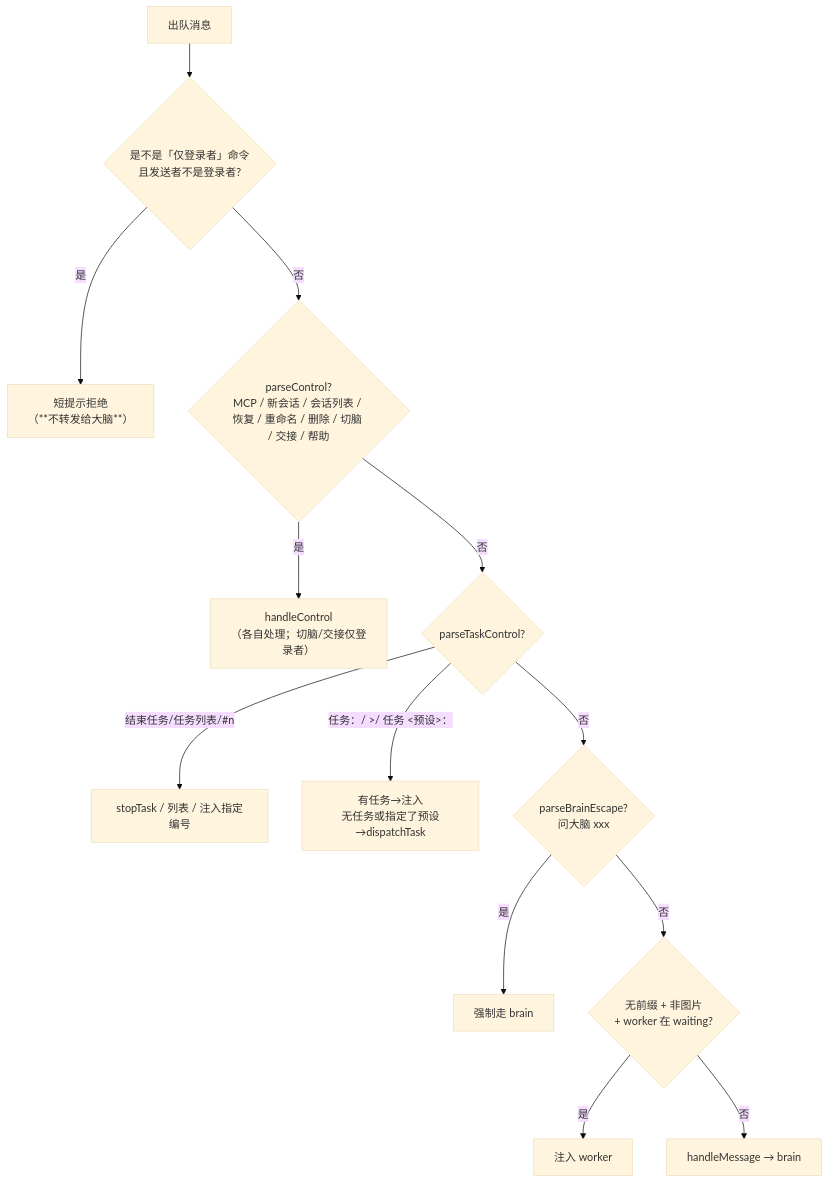
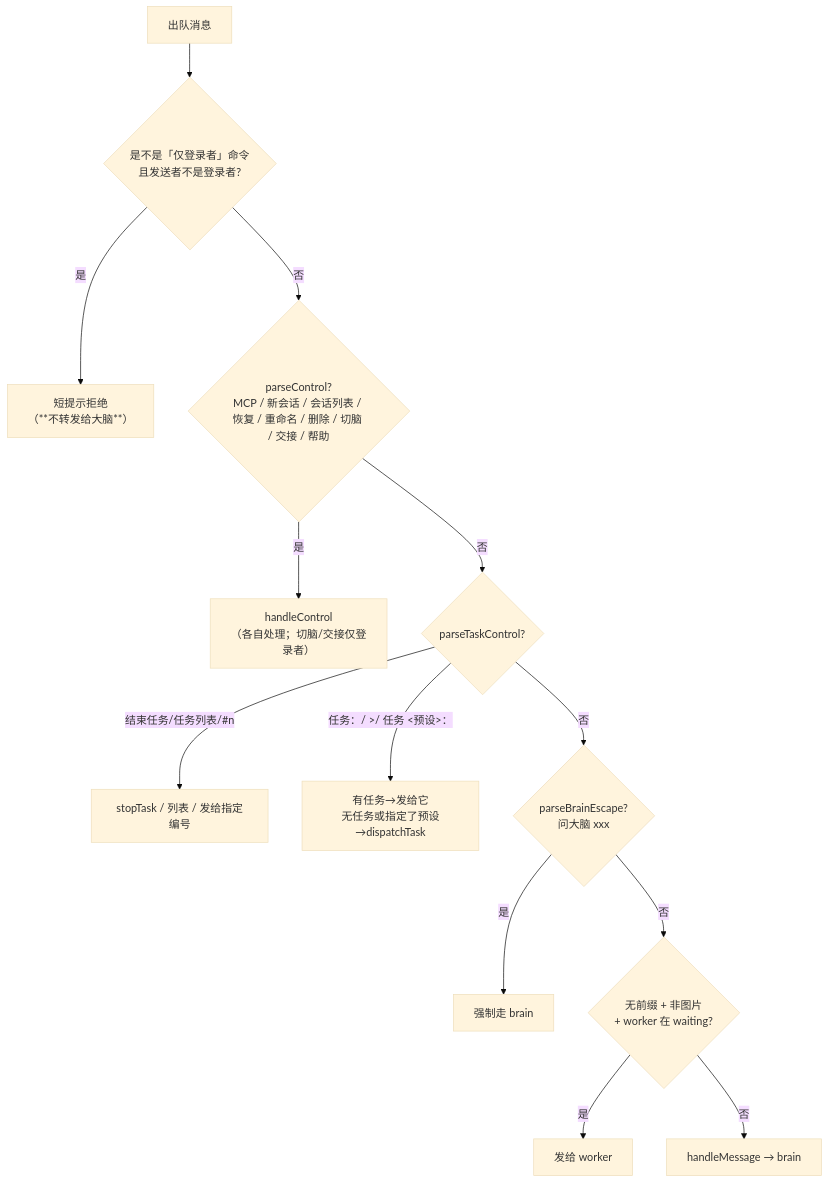
The second of 4 diagrams in docs/repowiki/05-守护进程-Daemon.md (imwangpan/WeMind), drawn with Mermaid (base theme) before and after one commit. The commit also changed other lines of this file and 57 other files, not shown here.

````diff
--- a/docs/repowiki/05-守护进程-Daemon.md
+++ b/docs/repowiki/05-守护进程-Daemon.md
@@ -93,15 +93,15 @@
 ```mermaid
 graph TD
     M["出队消息"] --> C0{"是不是「仅登录者」命令<br/>且发送者不是登录者?"}
     C0 -->|是| H0["短提示拒绝<br/>（**不转发给大脑**）"]
     C0 -->|否| C1{"parseControl?<br/>MCP / 新会话 / 会话列表 / 恢复 / 重命名 / 删除 / 切脑 / 交接 / 帮助"}
     C1 -->|是| H1["handleControl<br/>（各自处理；切脑/交接仅登录者）"]
     C1 -->|否| C2{"parseTaskControl?"}
-    C2 -->|结束任务/任务列表/#n| H2["stopTask / 列表 / 注入指定编号"]
-    C2 -->|任务：/ &gt;/ 任务 &lt;预设&gt;：| H3["有任务→注入<br/>无任务或指定了预设→dispatchTask"]
+    C2 -->|结束任务/任务列表/#n| H2["stopTask / 列表 / 发给指定编号"]
+    C2 -->|任务：/ &gt;/ 任务 &lt;预设&gt;：| H3["有任务→发给它<br/>无任务或指定了预设→dispatchTask"]
     C2 -->|否| C3{"parseBrainEscape?<br/>问大脑 xxx"}
     C3 -->|是| H4["强制走 brain"]
     C3 -->|否| C4{"无前缀 + 非图片<br/>+ worker 在 waiting?"}
-    C4 -->|是| H5["注入 worker"]
+    C4 -->|是| H5["发给 worker"]
     C4 -->|否| H6["handleMessage → brain"]
 ```
````
